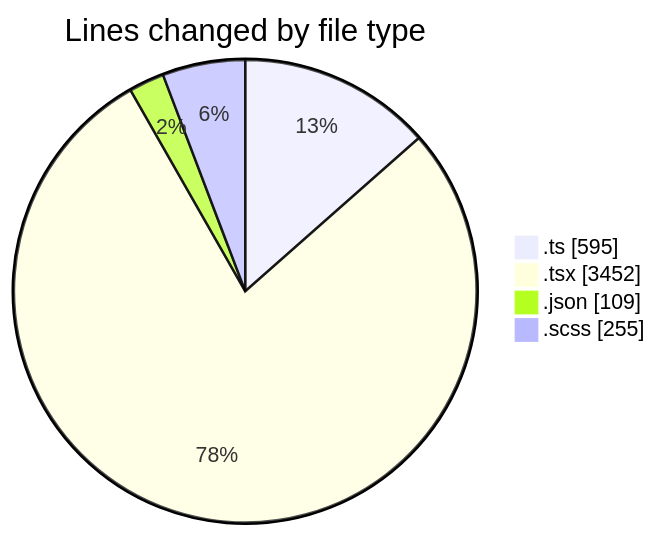
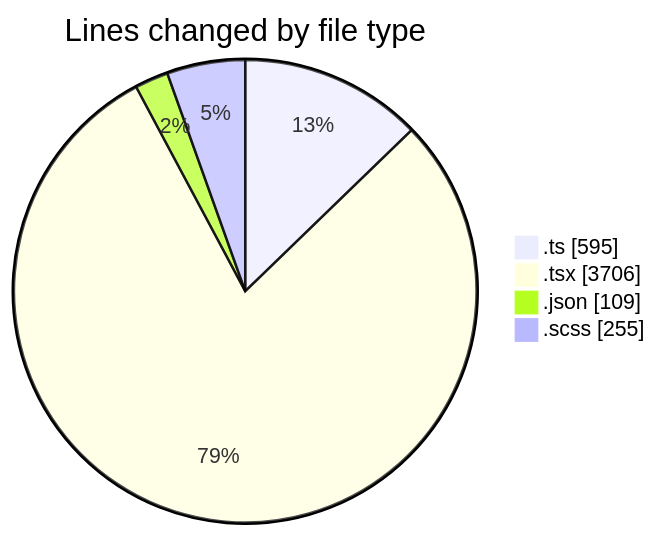
One commit to momahboobian/code-tracking changed the first of 2 diagrams in 2025-07-04/cda/README.md. Above: the diagram before and after it, drawn with Mermaid. The commit also changed other lines of this file and 1 other file, not shown here.

````diff
--- a/2025-07-04/cda/README.md
+++ b/2025-07-04/cda/README.md
@@ -33,8 +34,8 @@
 ```mermaid
 pie showData
 title Lines changed by file type
 ".ts" : 595
-".tsx" : 3452
+".tsx" : 3706
 ".json" : 109
 ".scss" : 255
 ```
````
